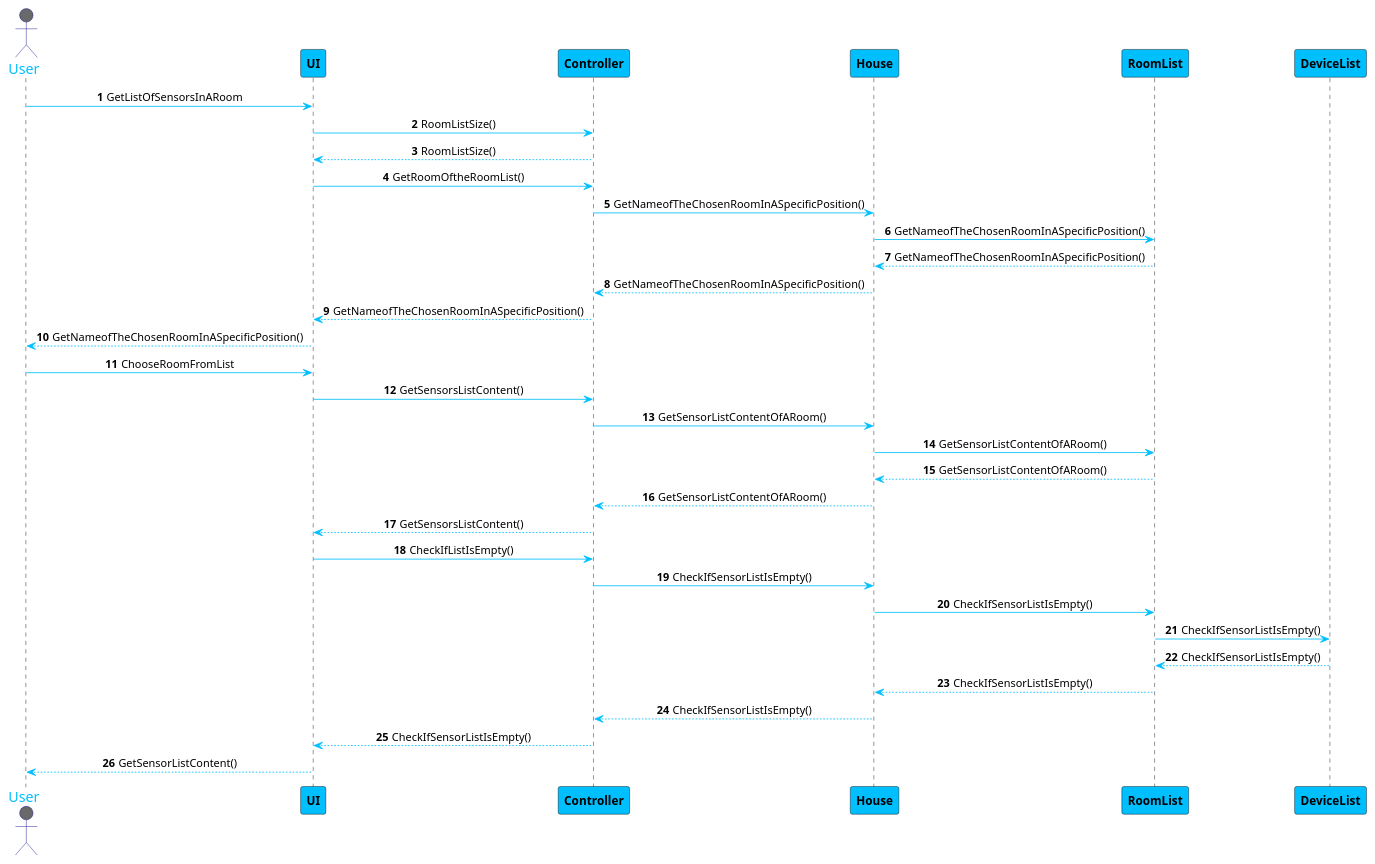
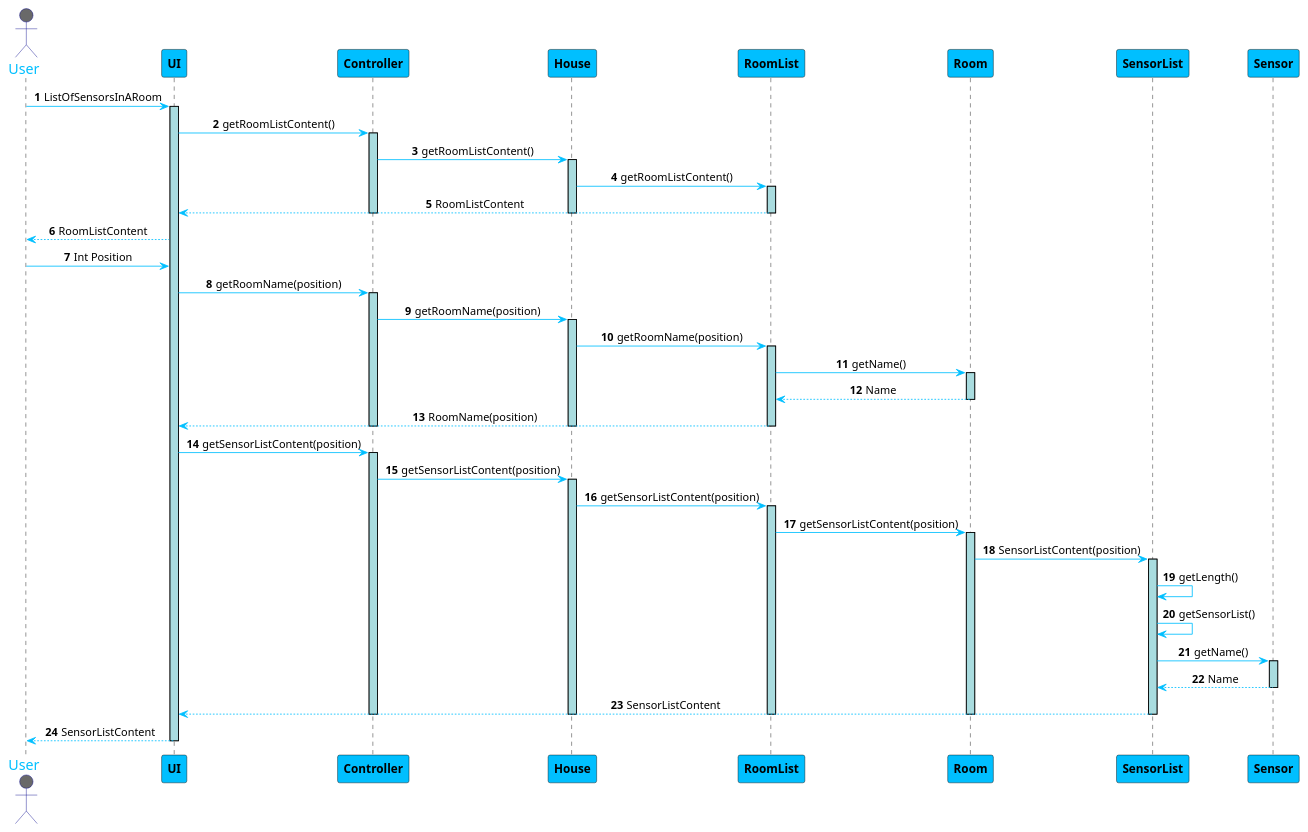
Before and after one commit to 1181687/hateoasToy: the diagram in src/Docs/GetListOfSensorsRoom.puml, drawn with PlantUML. The commit also changed 4 other files, not shown here.

Commit message:
Edit GetListOfSensorsRoom sequence diagram and add EditConfigurationRoom sequence diagram

```diff
--- a/src/Docs/GetListOfSensorsRoom.puml
+++ b/src/Docs/GetListOfSensorsRoom.puml
@@ -1,49 +1,94 @@
 @startuml
 skinparam sequenceMessageAlign center
 skinparam sequence {
 	ArrowColor DeepSkyBlue
 	ActorBorderColor DarkBlue
 	LifeLineBorderColor black
 	LifeLineBackgroundColor #A9DCDF
 
 	ParticipantBorderColor Black
 	ParticipantBackgroundColor DeepSkyBlue
 	ParticipantFontStyle Bold
 
 	ActorBackgroundColor DimGrey
 	ActorFontColor DeepSkyBlue
 	ActorFontSize 17
 	ActorFontName Aapex
 }
 
 autonumber
 actor User
-User -> UI: GetListOfSensorsInARoom
-UI -> Controller: RoomListSize()
-UI <-- Controller: RoomListSize()
-UI -> Controller: GetRoomOftheRoomList()
-Controller -> House: GetNameofTheChosenRoomInASpecificPosition()
-House -> RoomList: GetNameofTheChosenRoomInASpecificPosition()
-House <-- RoomList: GetNameofTheChosenRoomInASpecificPosition()
-Controller <-- House: GetNameofTheChosenRoomInASpecificPosition()
-UI <-- Controller: GetNameofTheChosenRoomInASpecificPosition()
-User <-- UI: GetNameofTheChosenRoomInASpecificPosition()
+User -> UI: ListOfSensorsInARoom
+activate UI
 
-User -> UI: ChooseRoomFromList
-UI -> Controller: GetSensorsListContent()
-Controller -> House: GetSensorListContentOfARoom()
-House -> RoomList: GetSensorListContentOfARoom()
-House <-- RoomList: GetSensorListContentOfARoom()
-Controller <-- House: GetSensorListContentOfARoom()
-UI <-- Controller: GetSensorsListContent()
+UI -> Controller: getRoomListContent()
+activate Controller
 
-UI -> Controller: CheckIfListIsEmpty()
-Controller -> House: CheckIfSensorListIsEmpty()
-House -> RoomList: CheckIfSensorListIsEmpty()
-RoomList -> DeviceList: CheckIfSensorListIsEmpty()
-RoomList <-- DeviceList: CheckIfSensorListIsEmpty()
-House <-- RoomList: CheckIfSensorListIsEmpty()
-Controller <-- House: CheckIfSensorListIsEmpty()
-UI <-- Controller: CheckIfSensorListIsEmpty()
-User <-- UI: GetSensorListContent()
+Controller -> House: getRoomListContent()
+activate House
+
+House -> RoomList: getRoomListContent()
+activate RoomList
+
+UI <-- RoomList: RoomListContent
+deactivate RoomList
+deactivate House
+deactivate Controller
+
+User <-- UI: RoomListContent
+
+
+User -> UI: Int Position
+UI -> Controller: getRoomName(position)
+
+activate Controller
+Controller -> House: getRoomName(position)
+
+activate House
+House -> RoomList: getRoomName(position)
+
+activate RoomList
+RoomList -> Room: getName()
+
+activate Room
+RoomList <-- Room: Name
+
+deactivate Room
+UI <-- RoomList: RoomName(position)
+deactivate RoomList
+deactivate House
+deactivate Controller
+
+
+UI -> Controller: getSensorListContent(position)
+activate Controller
+Controller -> House: getSensorListContent(position)
+activate House
+House -> RoomList: getSensorListContent(position)
+activate RoomList
+RoomList -> Room: getSensorListContent(position)
+activate Room
+Room -> SensorList: SensorListContent(position)
+activate SensorList
+
+SensorList -> SensorList: getLength()
+SensorList -> SensorList: getSensorList()
+SensorList -> Sensor: getName()
+activate Sensor
+
+SensorList <-- Sensor: Name
+deactivate Sensor
+
+UI <-- SensorList: SensorListContent
+deactivate SensorList
+deactivate Room
+deactivate RoomList
+deactivate House
+deactivate Controller
+
+User <-- UI: SensorListContent
+deactivate UI
+
+
+
 @enduml
```
